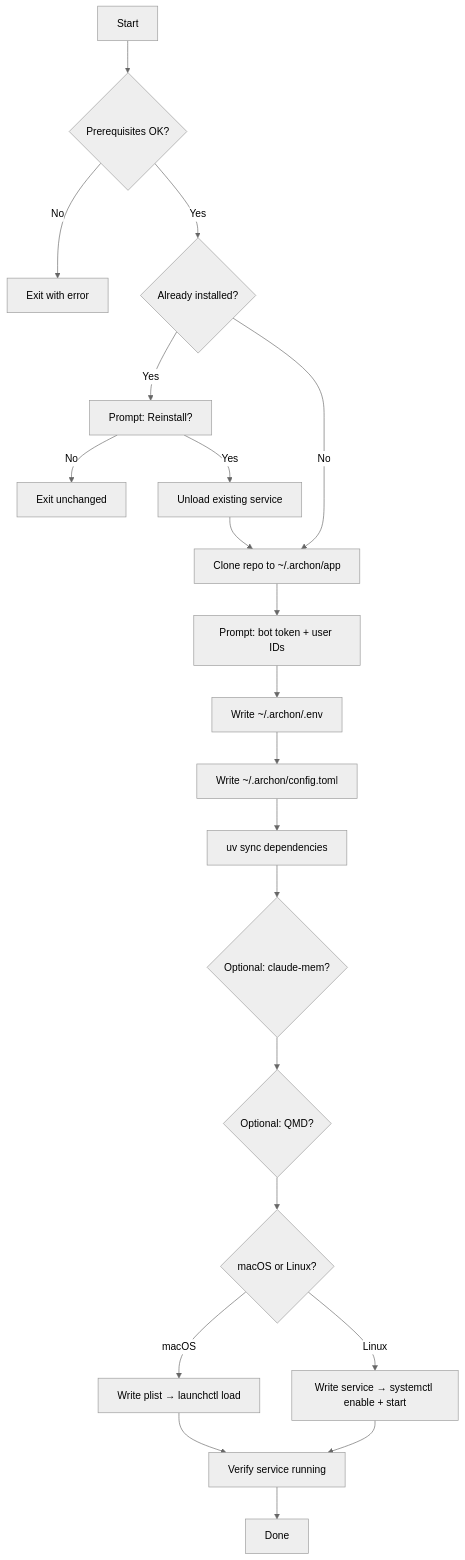
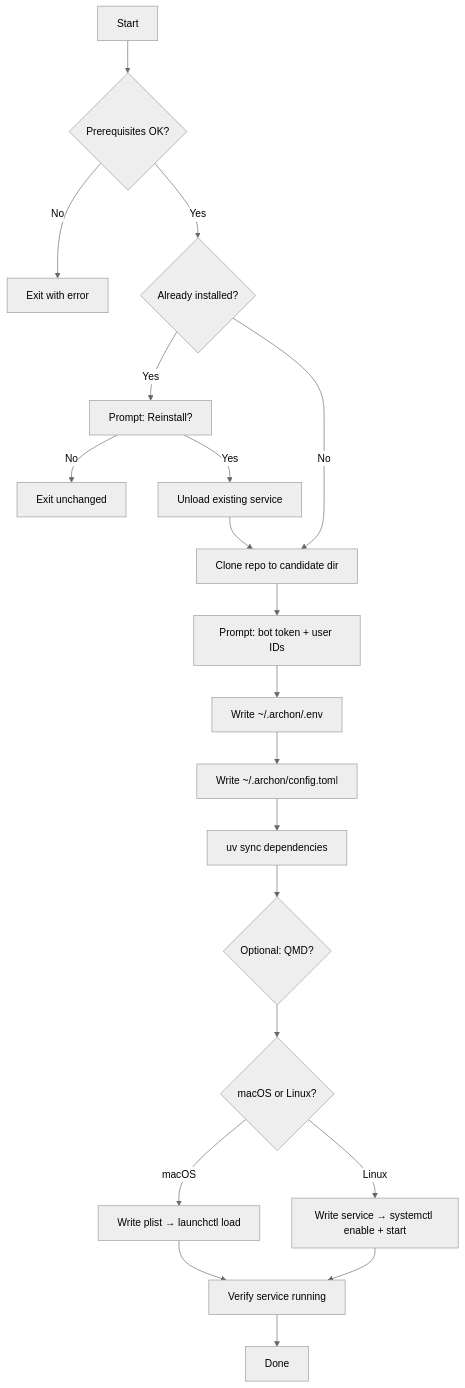
The second of 2 diagrams in Documentation/Architecture/510_release_and_environment_strategy.md (user538295/archon-assistant), drawn with Mermaid (neutral theme) before and after one commit. The commit also changed other lines of this file and 21 other files, not shown here.

````diff
--- a/Documentation/Architecture/510_release_and_environment_strategy.md
+++ b/Documentation/Architecture/510_release_and_environment_strategy.md
@@ -229,23 +235,22 @@
 ```mermaid
 flowchart TD
     A[Start] --> B{Prerequisites OK?}
     B -- No --> FAIL[Exit with error]
     B -- Yes --> C{Already installed?}
     C -- Yes --> D[Prompt: Reinstall?]
     D -- No --> EXIT[Exit unchanged]
     D -- Yes --> E[Unload existing service]
-    C -- No --> F[Clone repo to ~/.archon/app]
+    C -- No --> F[Clone repo to candidate dir]
     E --> F
     F --> G[Prompt: bot token + user IDs]
     G --> H[Write ~/.archon/.env]
     H --> I[Write ~/.archon/config.toml]
     I --> J[uv sync dependencies]
-    J --> K{Optional: claude-mem?}
-    K --> L{Optional: QMD?}
+    J --> L{Optional: QMD?}
     L --> M{macOS or Linux?}
     M -- macOS --> N[Write plist → launchctl load]
     M -- Linux --> O[Write service → systemctl enable + start]
     N --> P[Verify service running]
     O --> P
     P --> Z[Done]
 ```
````
